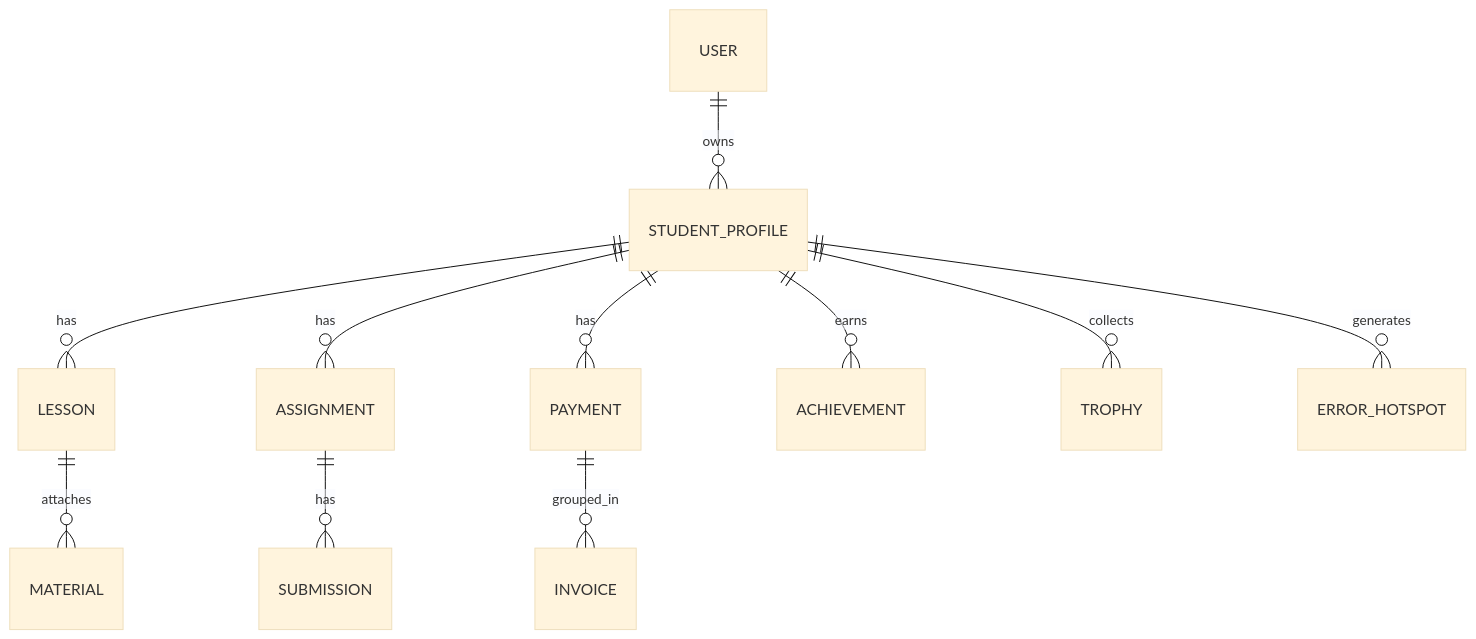
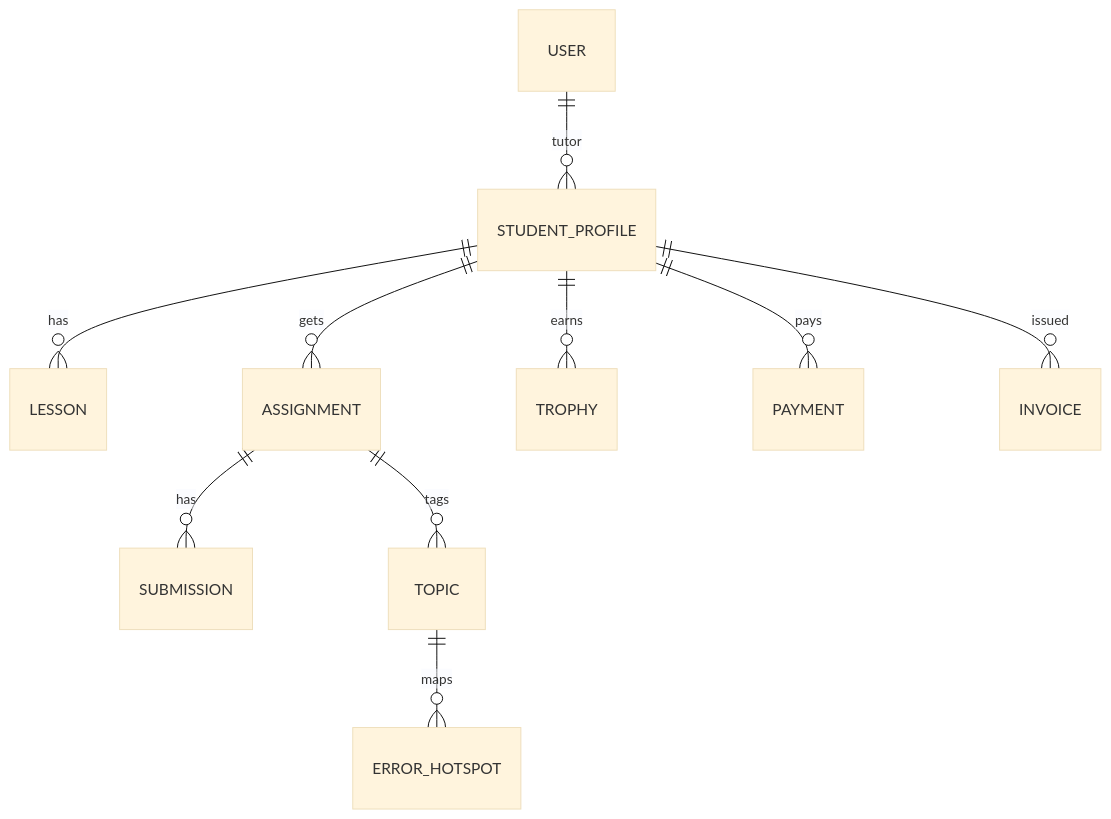
Before and after one commit to ArtemLevin/Hermes: the second of 2 diagrams in README.md, drawn with Mermaid (base theme). The commit also changed other lines of this file and 29 other files, not shown here.

````diff
--- a/README.md
+++ b/README.md
@@ -110,13 +123,12 @@
 ```mermaid
 erDiagram
-    USER ||--o{ STUDENT_PROFILE : owns
+    USER ||--o{ STUDENT_PROFILE : tutor
     STUDENT_PROFILE ||--o{ LESSON : has
-    STUDENT_PROFILE ||--o{ ASSIGNMENT : has
+    STUDENT_PROFILE ||--o{ ASSIGNMENT : gets
     ASSIGNMENT ||--o{ SUBMISSION : has
-    STUDENT_PROFILE ||--o{ PAYMENT : has
-    PAYMENT ||--o{ INVOICE : grouped_in
-    STUDENT_PROFILE ||--o{ ACHIEVEMENT : earns
-    STUDENT_PROFILE ||--o{ TROPHY : collects
-    STUDENT_PROFILE ||--o{ ERROR_HOTSPOT : generates
-    LESSON ||--o{ MATERIAL : attaches
+    STUDENT_PROFILE ||--o{ TROPHY : earns
+    STUDENT_PROFILE ||--o{ PAYMENT : pays
+    STUDENT_PROFILE ||--o{ INVOICE : issued
+    TOPIC ||--o{ ERROR_HOTSPOT : maps
+    ASSIGNMENT ||--o{ TOPIC : tags
 ```
````
